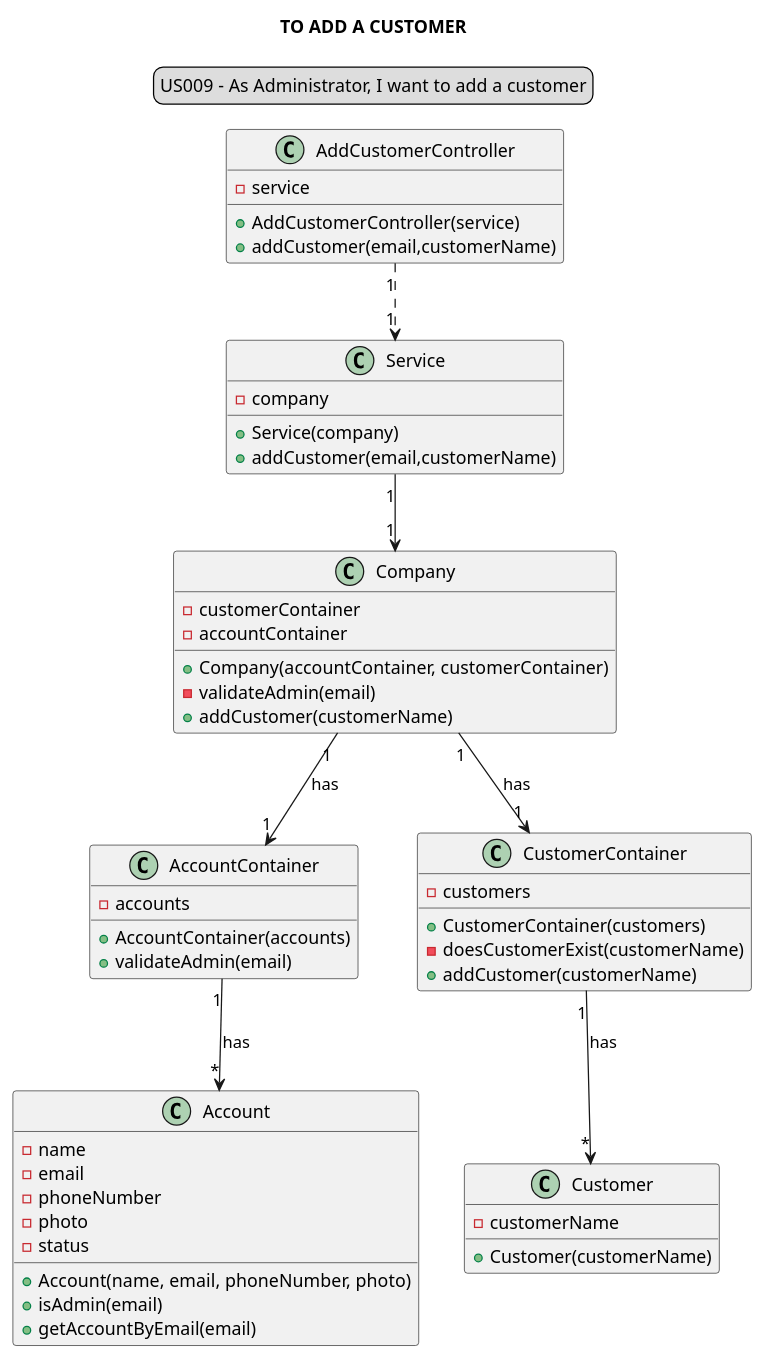
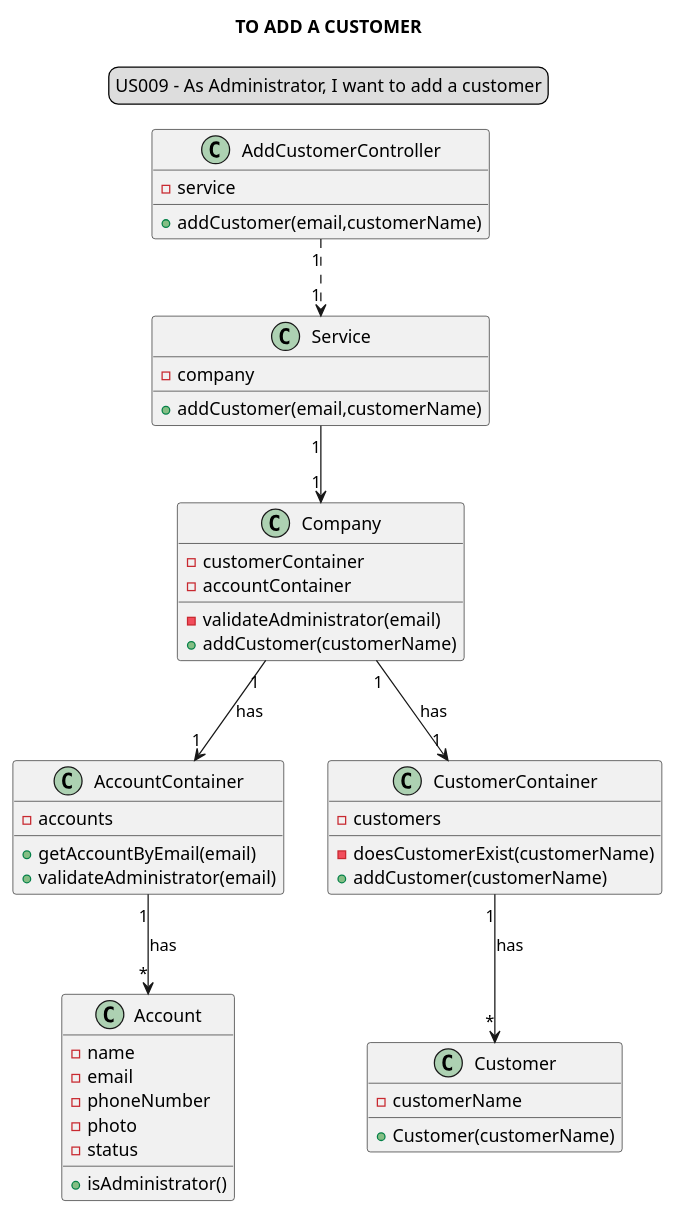
The diagram in docs/modelling_design/user_stories/us009/US009_classDiagram.puml (Loracline/project_switch_22-23), drawn with PlantUML before and after one commit. The commit also changed 1 other file, not shown here.

Commit message:
US009 : Design : refinement os Class Diagram and Sequence Diagram (changed short form "admin" to "administrator").

```diff
--- a/docs/modelling_design/user_stories/us009/US009_classDiagram.puml
+++ b/docs/modelling_design/user_stories/us009/US009_classDiagram.puml
@@ -1,65 +1,59 @@
 @startuml
 
 skinparam sequenceMessageAlign center
 title TO ADD A CUSTOMER
 legend top
 US009 - As Administrator, I want to add a customer
 end legend
 
 class "AddCustomerController" {
 -service
-+AddCustomerController(service)
 +addCustomer(email,customerName)
 }
 
 class "Service"{
 -company
-+Service(company)
 +addCustomer(email,customerName)
 }
 
 class "Company"{
 -customerContainer
 -accountContainer
-+Company(accountContainer, customerContainer)
--validateAdmin(email)
+-validateAdministrator(email)
 +addCustomer(customerName)
 }
 
 class "AccountContainer"{
 -accounts
-+AccountContainer(accounts)
-+validateAdmin(email)
++getAccountByEmail(email)
++validateAdministrator(email)
 }
 
 class "Account"{
 -name
 -email
 -phoneNumber
 -photo
 -status
-+Account(name, email, phoneNumber, photo)
-+isAdmin(email)
-+getAccountByEmail(email)
++isAdministrator()
 }
 
 class "CustomerContainer"{
 -customers
-+CustomerContainer(customers)
 -doesCustomerExist(customerName)
 +addCustomer(customerName)
 }
 
 class "Customer"{
 -customerName
 +Customer(customerName)
 }
 
 "AddCustomerController" "1" ..> "1" "Service"
 "Service" "1" --> "1" "Company"
 "Company" "1"-->"1" "CustomerContainer": has
 "Company" "1"-->"1" "AccountContainer": has
 "CustomerContainer" "1"-->"*" "Customer": has
 "AccountContainer" "1" --> "*" "Account": has
 
 @enduml
```
